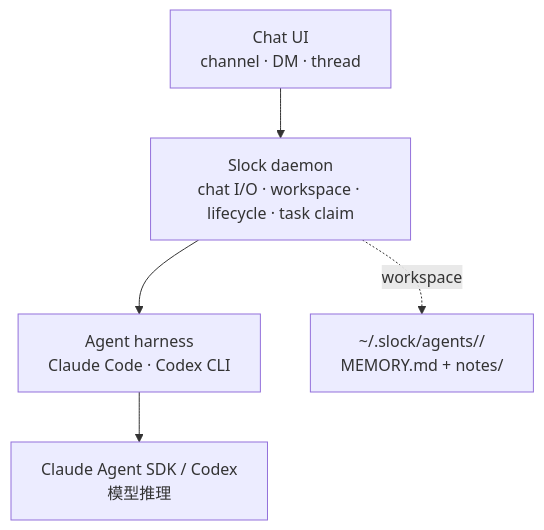
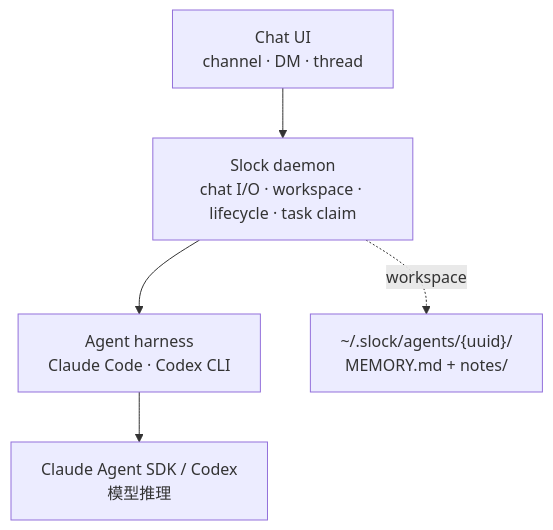
One commit to TCoherence/TCoherence.github.io changed the first of 5 diagrams in source/_posts/slock-ai-chat-as-substrate.md. Above: the diagram before and after it, drawn with Mermaid. The commit also changed other lines of this file, not shown here.

Commit message:
fix(blog): mermaid 11.14 broke again — escape <uuid> + bump theme
Two parts to this fix:

1. slock-ai-chat-as-substrate.md: replace <uuid> with {uuid} inside
   the two mermaid graphs that referenced ~/.slock/agents/<uuid>/.
   hexo-filter-mermaid-diagrams drops the diagram source straight
   into <pre class="mermaid">…</pre> without escaping, so the browser
   parses <uuid> as a real (unknown) HTML element. Mermaid then reads
   a corrupted text content and throws "Syntax error in text". Plain
   prose / inline-code uses of <uuid> are left alone — those render
   inside <code>, not the mermaid pre.

2. theme submodule bump (923dcd3 → 539d92c): pin mermaid CDN to
   11.4.1 and call mermaid.run() after initialize so the dark theme
   actually applies. See submodule commit for full rationale.

````diff
--- a/source/_posts/slock-ai-chat-as-substrate.md
+++ b/source/_posts/slock-ai-chat-as-substrate.md
@@ -46,7 +46,7 @@
 ```mermaid
 graph TB
  A["Chat UI<br/>channel · DM · thread"] --> B["Slock daemon<br/>chat I/O · workspace · lifecycle · task claim"]
  B --> C["Agent harness<br/>Claude Code · Codex CLI"]
  C --> D["Claude Agent SDK / Codex<br/>模型推理"]
- B -.workspace.-> E["~/.slock/agents/<uuid>/<br/>MEMORY.md + notes/"]
+ B -.workspace.-> E["~/.slock/agents/{uuid}/<br/>MEMORY.md + notes/"]
 ```
````
